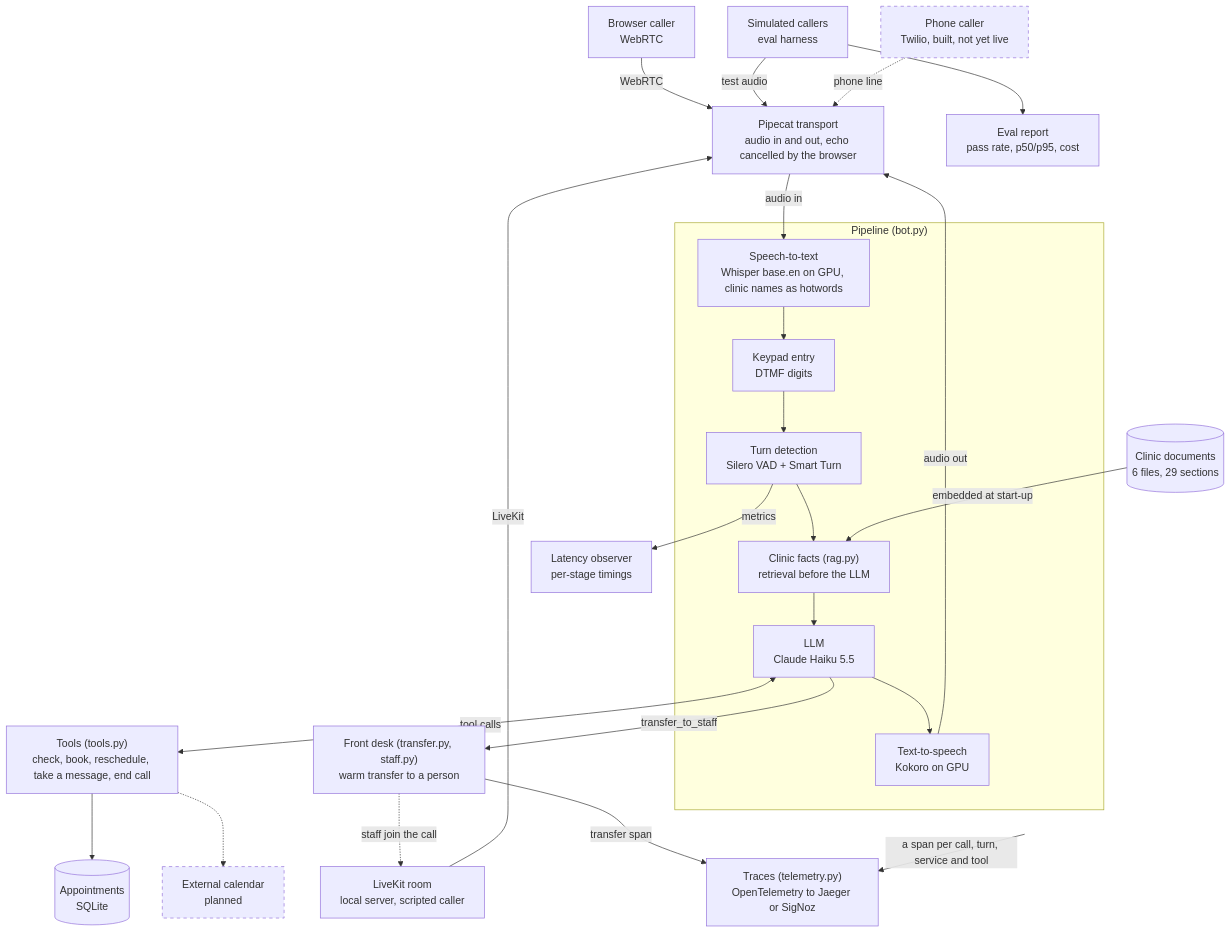
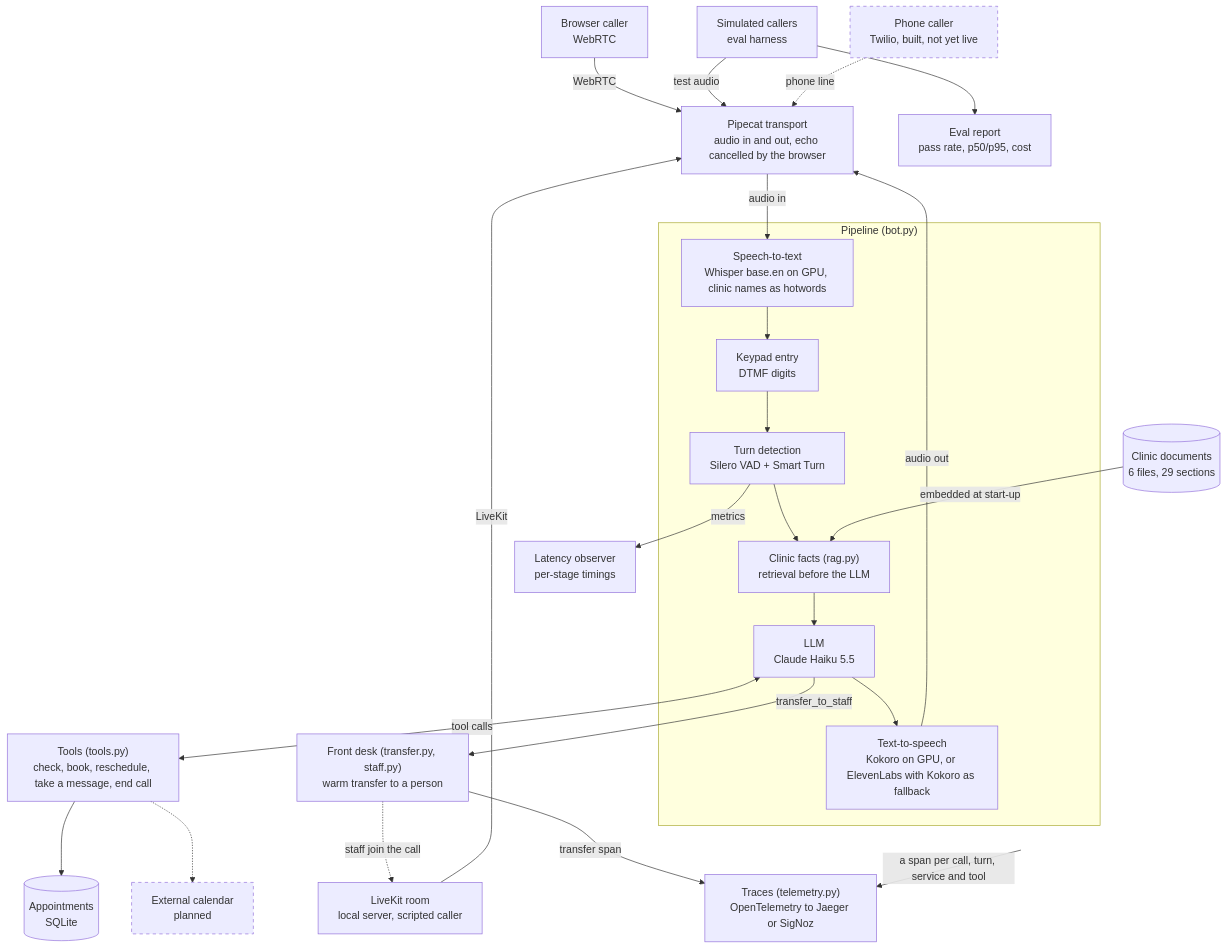
The first of 12 diagrams in README.md (captflag/AI-Voice-), drawn with Mermaid before and after one commit. The commit also changed other lines of this file and 3 other files, not shown here.

````diff
--- a/README.md
+++ b/README.md
@@ -25,47 +26,47 @@
 ```mermaid
 flowchart TB
     browser["Browser caller<br/>WebRTC"]
     room["LiveKit room<br/>local server, scripted caller"]
     sim["Simulated callers<br/>eval harness"]
     phone["Phone caller<br/>Twilio, built, not yet live"]:::planned
 
     transport["Pipecat transport<br/>audio in and out, echo cancelled by the browser"]
 
     subgraph pipeline["Pipeline (bot.py)"]
         stt["Speech-to-text<br/>Whisper base.en on GPU, clinic names as hotwords"]
         keypad["Keypad entry<br/>DTMF digits"]
         turn["Turn detection<br/>Silero VAD + Smart Turn"]
         notes["Clinic facts (rag.py)<br/>retrieval before the LLM"]
         llm["LLM<br/>Claude Haiku 5.5"]
-        tts["Text-to-speech<br/>Kokoro on GPU"]
+        tts["Text-to-speech<br/>Kokoro on GPU, or ElevenLabs with Kokoro as fallback"]
         stt --> keypad --> turn --> notes --> llm --> tts
     end
 
     knowledge[("Clinic documents<br/>6 files, 29 sections")]
     tools["Tools (tools.py)<br/>check, book, reschedule, take a message, end call"]
     desk["Front desk (transfer.py, staff.py)<br/>warm transfer to a person"]
     db[("Appointments<br/>SQLite")]
     calendar["External calendar<br/>planned"]:::planned
     observer["Latency observer<br/>per-stage timings"]
     traces["Traces (telemetry.py)<br/>OpenTelemetry to Jaeger or SigNoz"]
     report["Eval report<br/>pass rate, p50/p95, cost"]
 
     browser -->|WebRTC| transport
     room -->|LiveKit| transport
     sim -->|test audio| transport
     phone -.->|phone line| transport
     transport -->|audio in| stt
     tts -->|audio out| transport
     knowledge -->|embedded at start-up| notes
     llm <-->|tool calls| tools
     llm -->|transfer_to_staff| desk
     desk -.->|staff join the call| room
     tools --> db
     tools -.-> calendar
     turn -->|metrics| observer
     pipeline -->|a span per call, turn, service and tool| traces
     desk -->|transfer span| traces
     sim --> report
 
     classDef planned stroke-dasharray: 5 5
 ```
````
